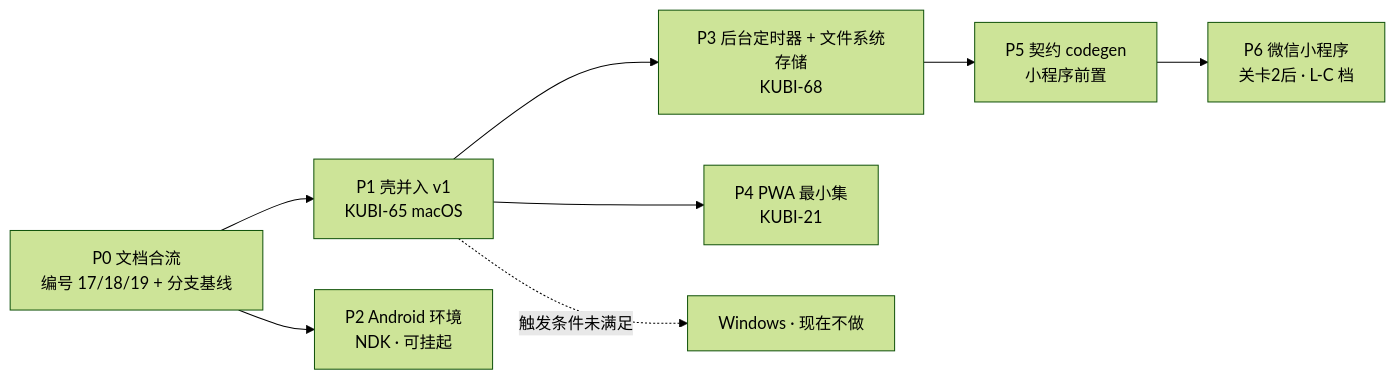
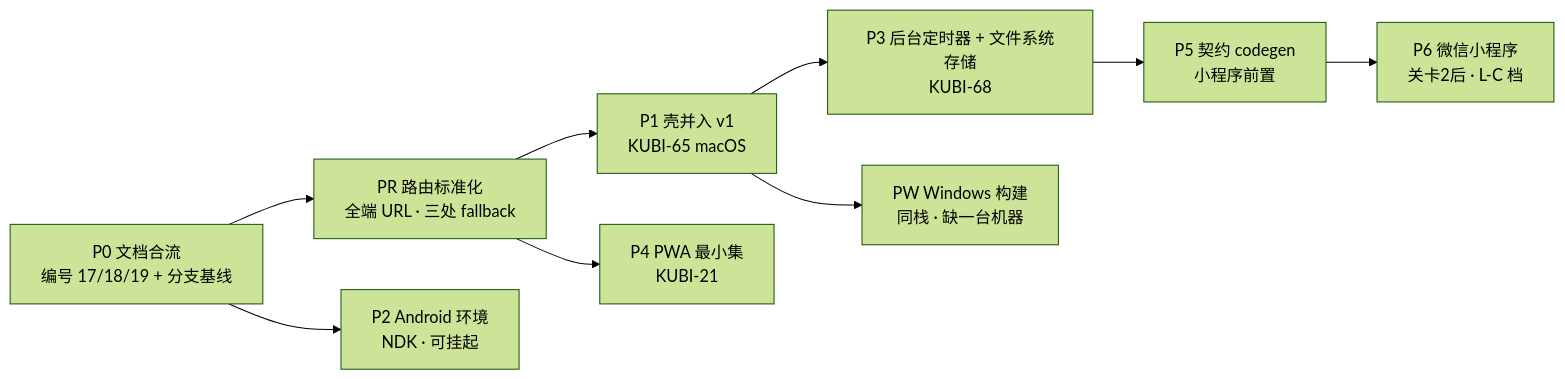
The second of 2 diagrams in docs/19-多端选型与端矩阵.md (chenyuanjin/kubic), drawn with Mermaid (forest theme) before and after one commit. The commit also changed other lines of this file, not shown here.

Commit message:
docs/19:每端标注原生/框架/混合,补齐 PC(Windows 同栈 Tauri 2 + WebView2),桌面明确不用 Electron;推翻不引路由,新增 §4.6 全端 URL 路由契约

````diff
--- a/docs/19-多端选型与端矩阵.md
+++ b/docs/19-多端选型与端矩阵.md
@@ -387,10 +518,11 @@
 ```mermaid
 flowchart LR
-    P0["P0 文档合流<br/>编号 17/18/19 + 分支基线"] --> P1["P1 壳并入 v1<br/>KUBI-65 macOS"]
+    P0["P0 文档合流<br/>编号 17/18/19 + 分支基线"] --> PR["PR 路由标准化<br/>全端 URL · 三处 fallback"]
     P0 --> P2["P2 Android 环境<br/>NDK · 可挂起"]
+    PR --> P1["P1 壳并入 v1<br/>KUBI-65 macOS"]
     P1 --> P3["P3 后台定时器 + 文件系统存储<br/>KUBI-68"]
-    P1 --> P4["P4 PWA 最小集<br/>KUBI-21"]
+    PR --> P4["P4 PWA 最小集<br/>KUBI-21"]
     P3 --> P5["P5 契约 codegen<br/>小程序前置"]
     P5 --> P6["P6 微信小程序<br/>关卡2后 · L-C 档"]
-    P1 -.触发条件未满足.-> PW["Windows · 现在不做"]
+    P1 --> PW["PW Windows 构建<br/>同栈 · 缺一台机器"]
 ```
````
